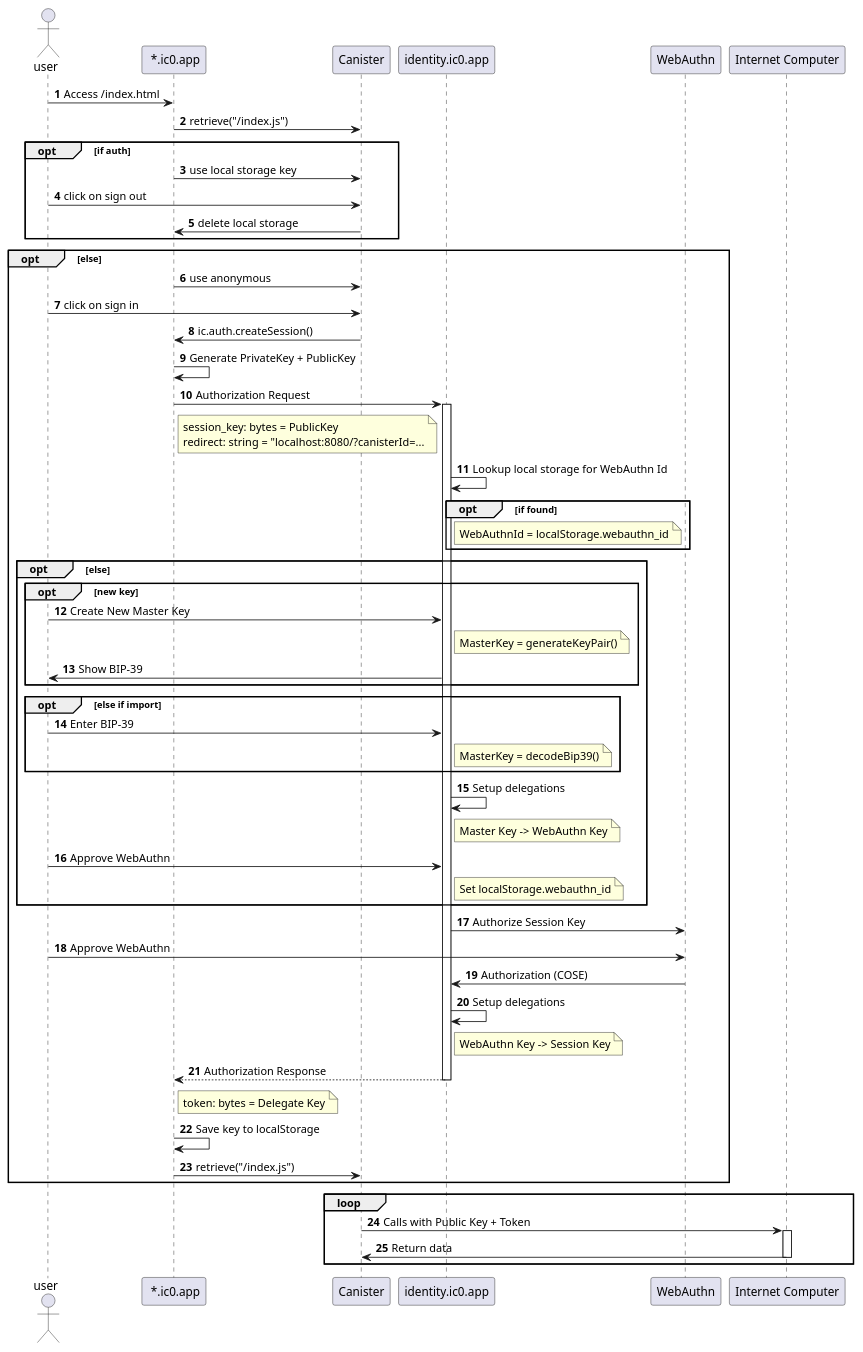
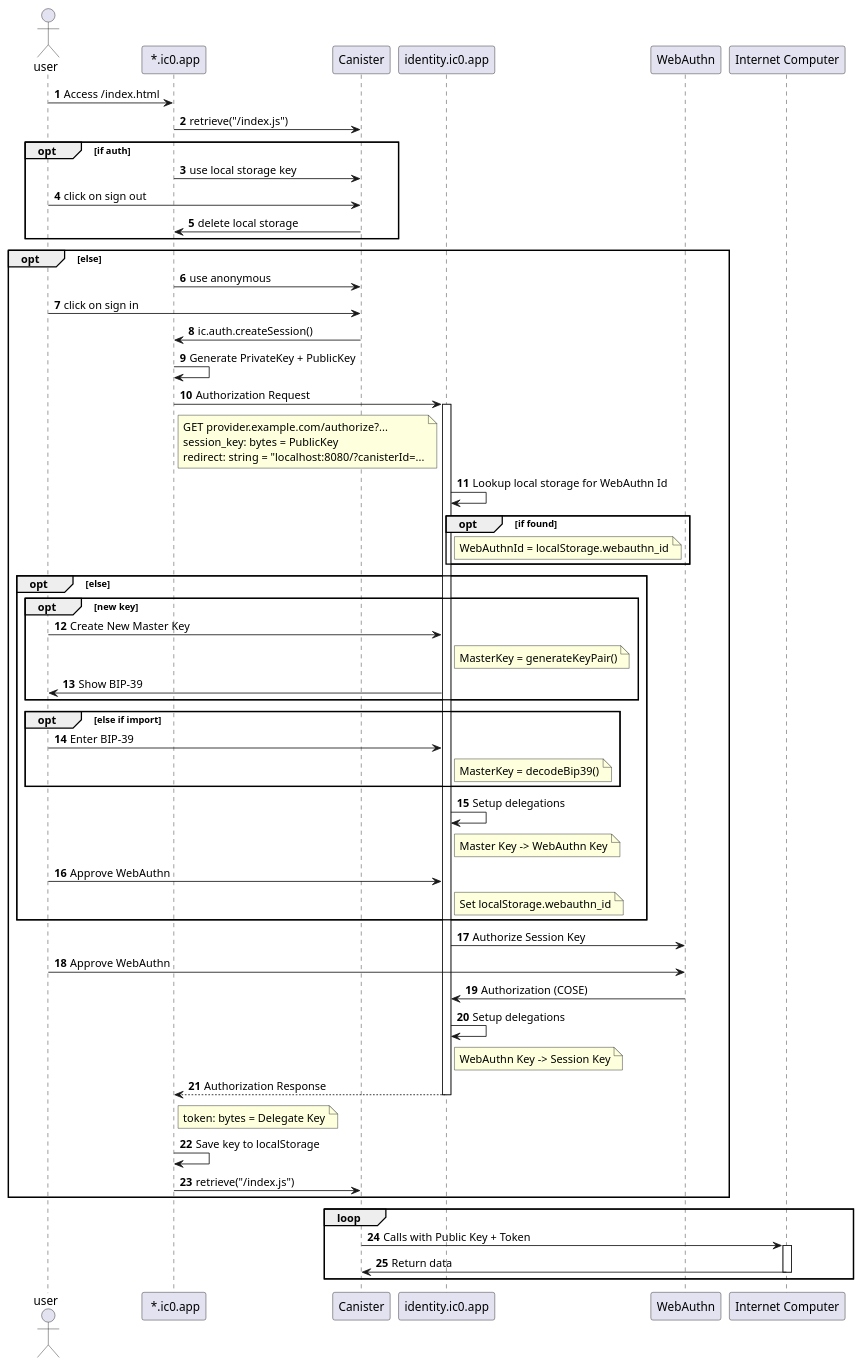
One commit to dfinity/agent-js changed the diagram in docs/diagrams/bootstrap/authentication.puml. Above: the diagram before and after it, drawn with PlantUML. The commit also changed 2 other files, not shown here.

```diff
--- a/docs/diagrams/bootstrap/authentication.puml
+++ b/docs/diagrams/bootstrap/authentication.puml
@@ -1,94 +1,95 @@
 @startuml
 ' Edit with something like: https://plantuml-editor.kkeisuke.com/
 autonumber
 
 actor user
 participant bootstrap as " *.ic0.app"
 participant canister as "Canister"
 participant identity as "identity.ic0.app"
 participant webauthn as "WebAuthn"
 participant ic as "Internet Computer"
 
 user -> bootstrap: Access /index.html
 bootstrap -> canister: retrieve("/index.js")
 opt if auth
     bootstrap -> canister: use local storage key
 
     user -> canister: click on sign out
     canister -> bootstrap: delete local storage
 end
 opt else
     bootstrap -> canister: use anonymous
 
     user -> canister: click on sign in
     canister -> bootstrap: ic.auth.createSession()
 
     bootstrap -> bootstrap: Generate PrivateKey + PublicKey
     bootstrap -> identity: Authorization Request
     note right of bootstrap
+        GET provider.example.com/authorize?...
         session_key: bytes = PublicKey
         redirect: string = "localhost:8080/?canisterId=...
     end note
 
     activate identity
 
     identity -> identity: Lookup local storage for WebAuthn Id
 
     opt if found
         note right of identity
             WebAuthnId = localStorage.webauthn_id
         end note
     end
     opt else
         opt new key
             user -> identity: Create New Master Key
             note right of identity
                 MasterKey = generateKeyPair()
             end note
             identity -> user: Show BIP-39
         end
         opt else if import
             user -> identity: Enter BIP-39
             note right of identity
                 MasterKey = decodeBip39()
             end note
         end
         identity -> identity: Setup delegations
         note right of identity
             Master Key -> WebAuthn Key
         end note
         user -> identity: Approve WebAuthn
         note right of identity
             Set localStorage.webauthn_id
         end note
 
     end
 
     identity -> webauthn: Authorize Session Key
 
     user -> webauthn: Approve WebAuthn
 
     webauthn -> identity: Authorization (COSE)
 
     identity -> identity: Setup delegations
     note right of identity
         WebAuthn Key -> Session Key
     end note
 
     return Authorization Response
     note right of bootstrap
         token: bytes = Delegate Key
     end note
     bootstrap -> bootstrap: Save key to localStorage
 
     bootstrap -> canister: retrieve("/index.js")
 end
 
 loop
     canister -> ic: Calls with Public Key + Token
     activate ic
     ic -> canister: Return data
     deactivate ic
 end
 
 @enduml
```
